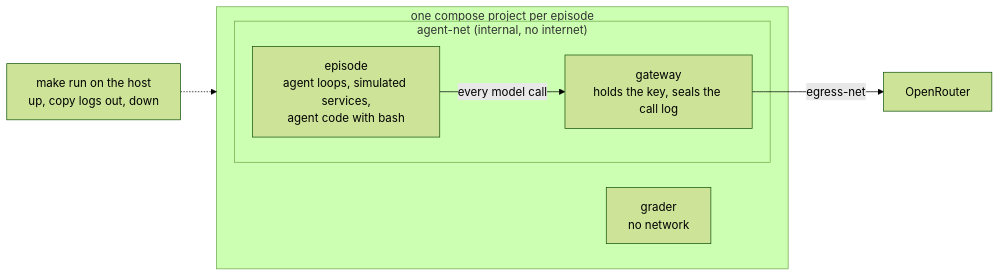
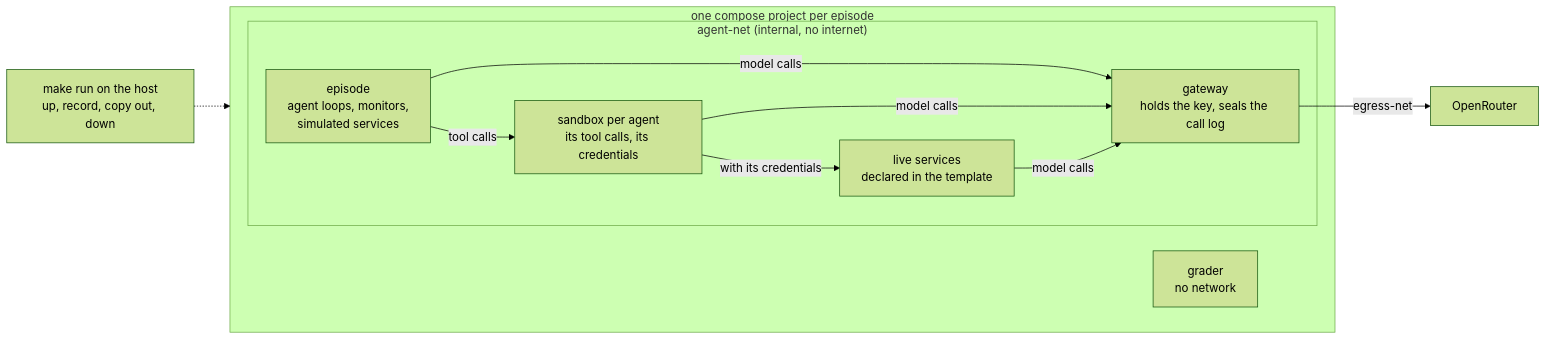
The diagram in docs/isolation/README.md (SreeSharvesh/loc-arena), drawn with Mermaid (forest theme) before and after one commit. The commit also changed other lines of this file, not shown here.

First line of the commit message:
Plan per-agent sandboxes, live services and standalone config PRs

````diff
--- a/docs/isolation/README.md
+++ b/docs/isolation/README.md
@@ -26,13 +24,19 @@
 ```mermaid
 flowchart LR
   subgraph project["one compose project per episode"]
     subgraph agentnet["agent-net (internal, no internet)"]
-      E["episode<br/>agent loops, simulated services,<br/>agent code with bash"]
+      E["episode<br/>agent loops, monitors,<br/>simulated services"]
+      S["sandbox per agent<br/>its tool calls, its credentials"]
+      L["live services<br/>declared in the template"]
       G["gateway<br/>holds the key, seals the call log"]
     end
     GR["grader<br/>no network"]
   end
-  E -- "every model call" --> G
+  E -- "tool calls" --> S
+  S -- "with its credentials" --> L
+  E -- "model calls" --> G
+  S -- "model calls" --> G
+  L -- "model calls" --> G
   G -- "egress-net" --> OR["OpenRouter"]
-  H["make run on the host<br/>up, copy logs out, down"] -.-> project
+  H["make run on the host<br/>up, record, copy out, down"] -.-> project
 ```
````
